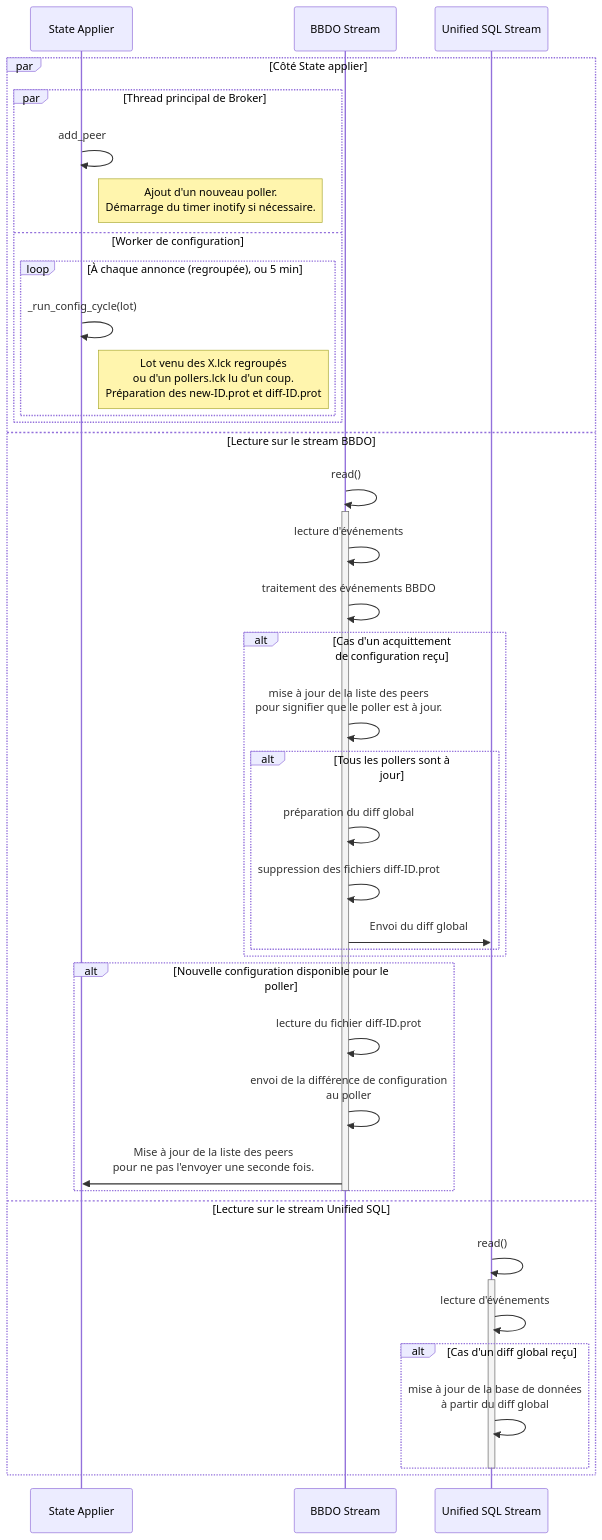
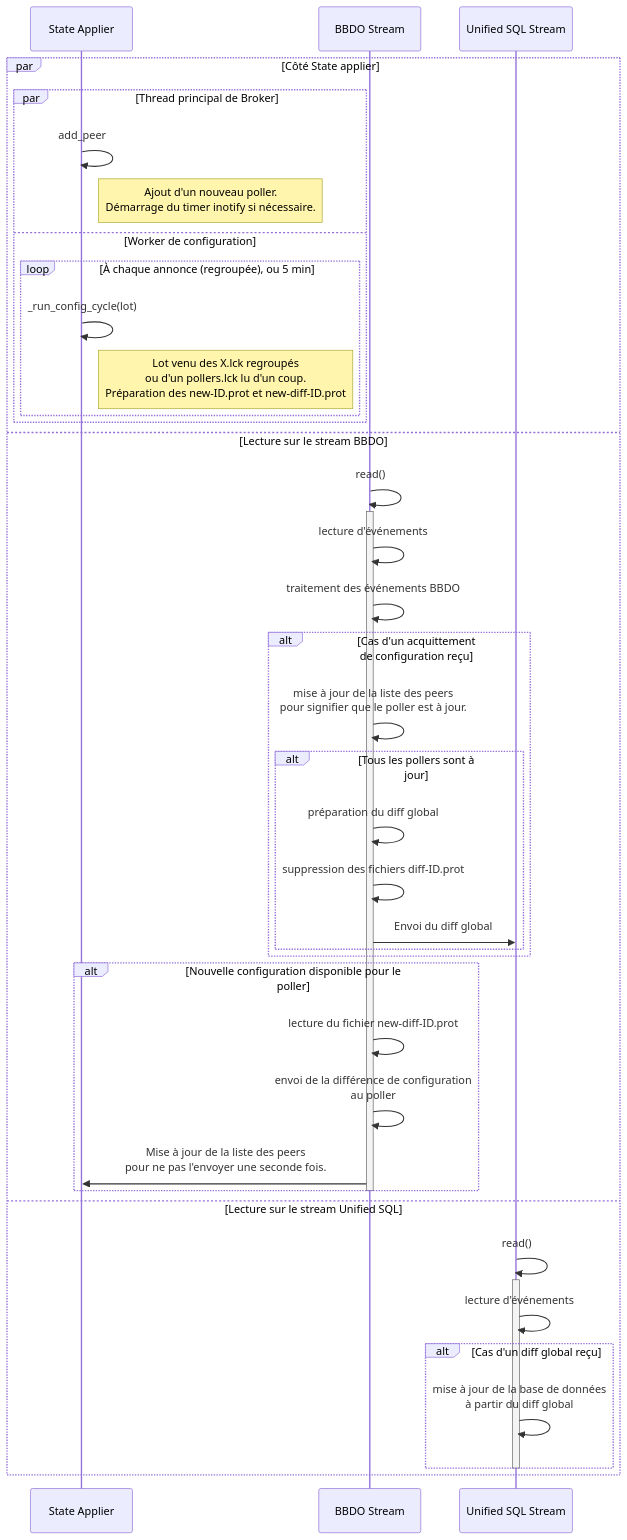
The seventh of 13 diagrams in doc/nego-engine-broker/02-configuration-delivery-fr.md (centreon/centreon-collect), drawn with Mermaid before and after one commit. The commit also changed other lines of this file and 7 other files, not shown here.

````diff
--- a/doc/nego-engine-broker/02-configuration-delivery-fr.md
+++ b/doc/nego-engine-broker/02-configuration-delivery-fr.md
@@ -415,45 +398,45 @@
 ```mermaid
 sequenceDiagram
 participant S as State Applier
 participant BBDO as BBDO Stream
 participant USQL as Unified SQL Stream
 
 par Côté State applier
     par Thread principal de Broker
     S ->> S: add_peer
     note right of S: Ajout d'un nouveau poller.<br/>Démarrage du timer inotify si nécessaire.
     and Worker de configuration
         loop À chaque annonce (regroupée), ou 5 min
             S ->> S: _run_config_cycle(lot)
-            note right of S: Lot venu des X.lck regroupés<br/>ou d'un pollers.lck lu d'un coup.<br/>Préparation des new-ID.prot et diff-ID.prot
+            note right of S: Lot venu des X.lck regroupés<br/>ou d'un pollers.lck lu d'un coup.<br/>Préparation des new-ID.prot et new-diff-ID.prot
         end
     end
 and Lecture sur le stream BBDO
     BBDO ->> BBDO: read()
     activate BBDO
     BBDO ->> BBDO: lecture d'événements
     BBDO ->> BBDO: traitement des événements BBDO
     alt Cas d'un acquittement de configuration reçu
         BBDO ->> BBDO: mise à jour de la liste des peers<br/>pour signifier que le poller est à jour.
         alt Tous les pollers sont à jour
             BBDO ->> BBDO: préparation du diff global
             BBDO ->> BBDO: suppression des fichiers diff-ID.prot
             BBDO ->> USQL: Envoi du diff global
         end
     end
     alt Nouvelle configuration disponible pour le poller
-    BBDO ->> BBDO: lecture du fichier diff-ID.prot
+    BBDO ->> BBDO: lecture du fichier new-diff-ID.prot
     BBDO ->> BBDO: envoi de la différence de configuration<br/>au poller
     BBDO ->> S: Mise à jour de la liste des peers<br/>pour ne pas l'envoyer une seconde fois.
     end
     deactivate BBDO
 and Lecture sur le stream Unified SQL
     USQL ->> USQL: read()
     activate USQL
     USQL ->> USQL: lecture d'événements
     alt Cas d'un diff global reçu
         USQL ->> USQL: mise à jour de la base de données<br/>à partir du diff global
     end
     deactivate USQL
 end
 ```
````
